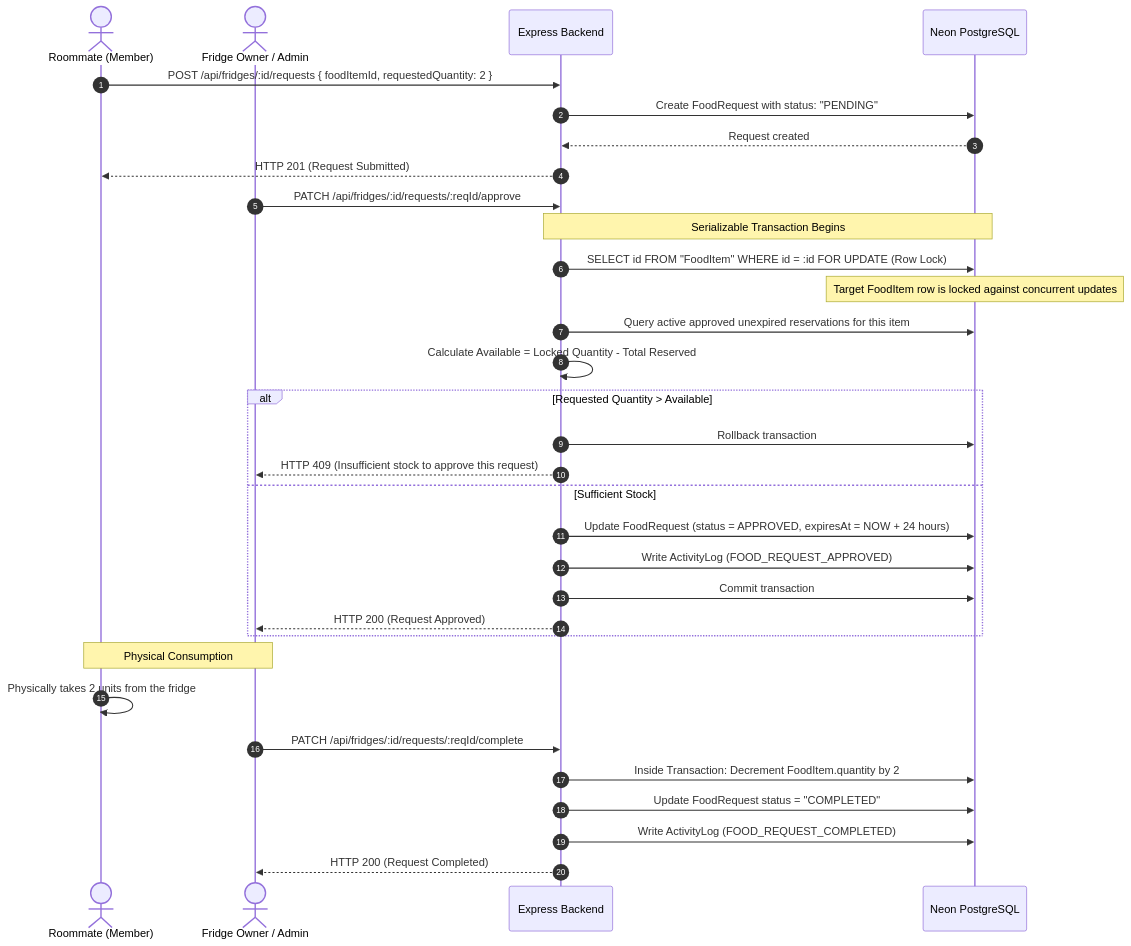
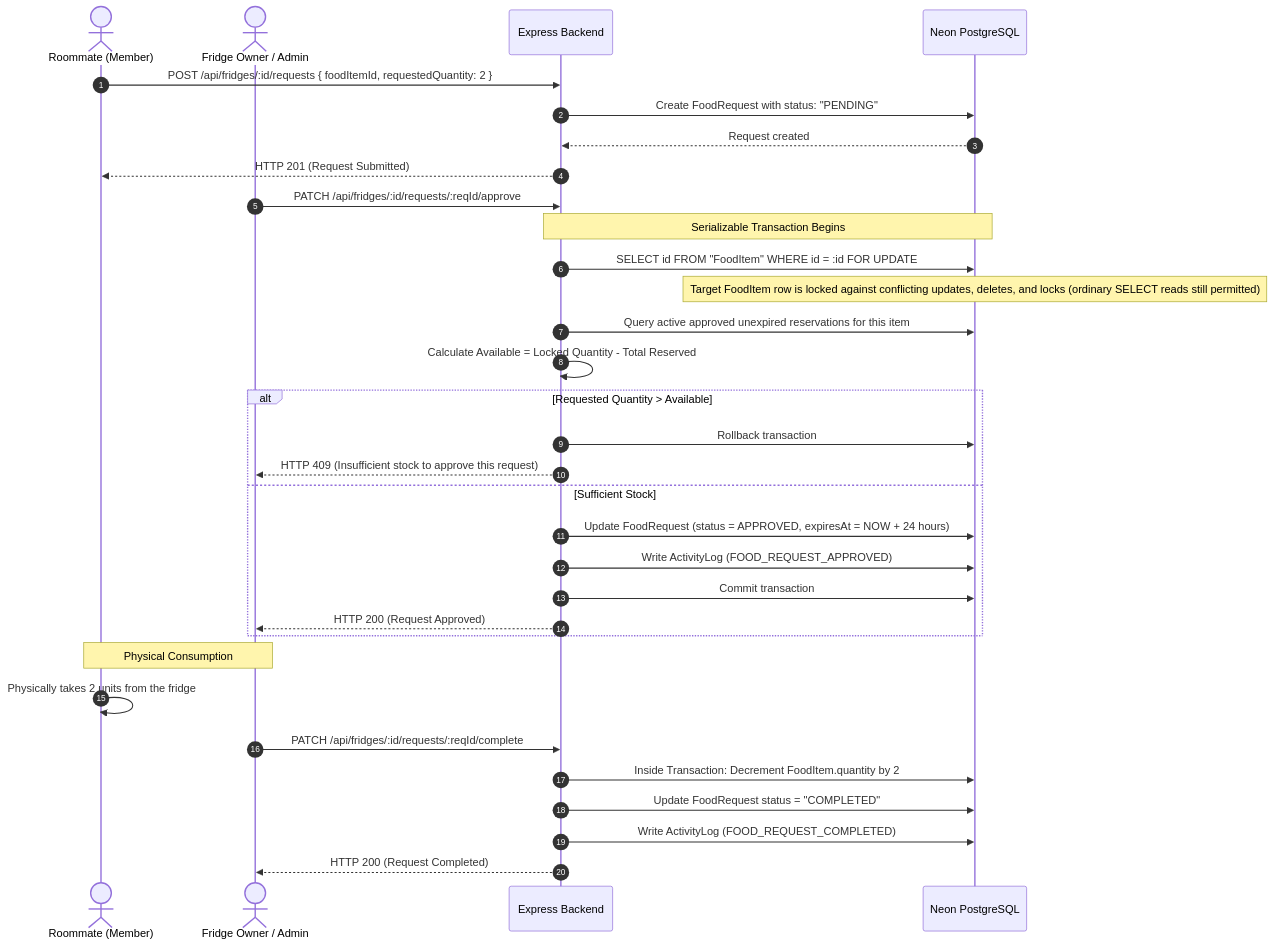
Before and after one commit to bhavanaaa-1/fridge-police: the third of 4 diagrams in HLD.md, drawn with Mermaid. The commit also changed other lines of this file and 4 other files, not shown here.

````diff
--- a/HLD.md
+++ b/HLD.md
@@ -153,37 +157,37 @@
 ```mermaid
 sequenceDiagram
     autonumber
     actor Member as Roommate (Member)
     actor Admin as Fridge Owner / Admin
     participant Backend as Express Backend
     participant DB as Neon PostgreSQL
 
     Member->>Backend: POST /api/fridges/:id/requests { foodItemId, requestedQuantity: 2 }
     Backend->>DB: Create FoodRequest with status: "PENDING"
     DB-->>Backend: Request created
     Backend-->>Member: HTTP 201 (Request Submitted)
 
     Admin->>Backend: PATCH /api/fridges/:id/requests/:reqId/approve
     Note over Backend, DB: Serializable Transaction Begins
-    Backend->>DB: SELECT id FROM "FoodItem" WHERE id = :id FOR UPDATE (Row Lock)
-    Note over DB: Target FoodItem row is locked against concurrent updates
+    Backend->>DB: SELECT id FROM "FoodItem" WHERE id = :id FOR UPDATE
+    Note over DB: Target FoodItem row is locked against conflicting updates, deletes, and locks (ordinary SELECT reads still permitted)
     Backend->>DB: Query active approved unexpired reservations for this item
     Backend->>Backend: Calculate Available = Locked Quantity - Total Reserved
     alt Requested Quantity > Available
         Backend->>DB: Rollback transaction
         Backend-->>Admin: HTTP 409 (Insufficient stock to approve this request)
     else Sufficient Stock
         Backend->>DB: Update FoodRequest (status = APPROVED, expiresAt = NOW + 24 hours)
         Backend->>DB: Write ActivityLog (FOOD_REQUEST_APPROVED)
         Backend->>DB: Commit transaction
         Backend-->>Admin: HTTP 200 (Request Approved)
     end
 
     Note over Member, Admin: Physical Consumption
     Member->>Member: Physically takes 2 units from the fridge
     Admin->>Backend: PATCH /api/fridges/:id/requests/:reqId/complete
     Backend->>DB: Inside Transaction: Decrement FoodItem.quantity by 2
     Backend->>DB: Update FoodRequest status = "COMPLETED"
     Backend->>DB: Write ActivityLog (FOOD_REQUEST_COMPLETED)
     Backend-->>Admin: HTTP 200 (Request Completed)
 ```
````
